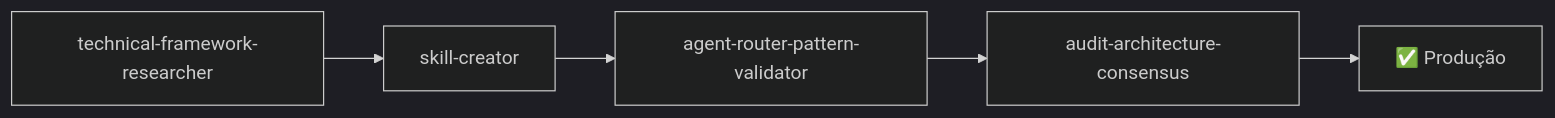
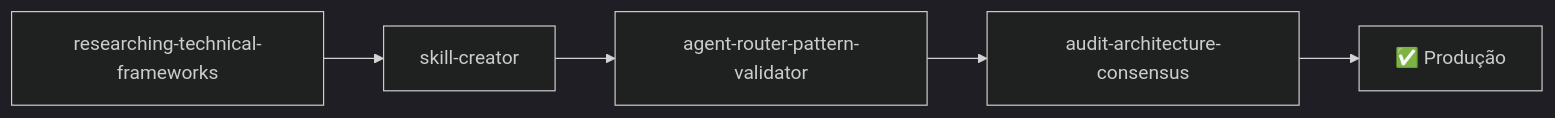
Before and after one commit to rodrigo-mendes/agents-factory: the second of 6 diagrams in docs/fluxos/README.md, drawn with Mermaid (dark theme). The commit also changed 57 other files, not shown here.

````diff
--- a/docs/fluxos/README.md
+++ b/docs/fluxos/README.md
@@ -35,4 +35,4 @@
 ```mermaid
 graph LR
-    A[technical-framework-researcher] --> B[skill-creator] --> C[agent-router-pattern-validator] --> D[audit-architecture-consensus] --> E[✅ Produção]
+    A[researching-technical-frameworks] --> B[skill-creator] --> C[agent-router-pattern-validator] --> D[audit-architecture-consensus] --> E[✅ Produção]
 ```
````
